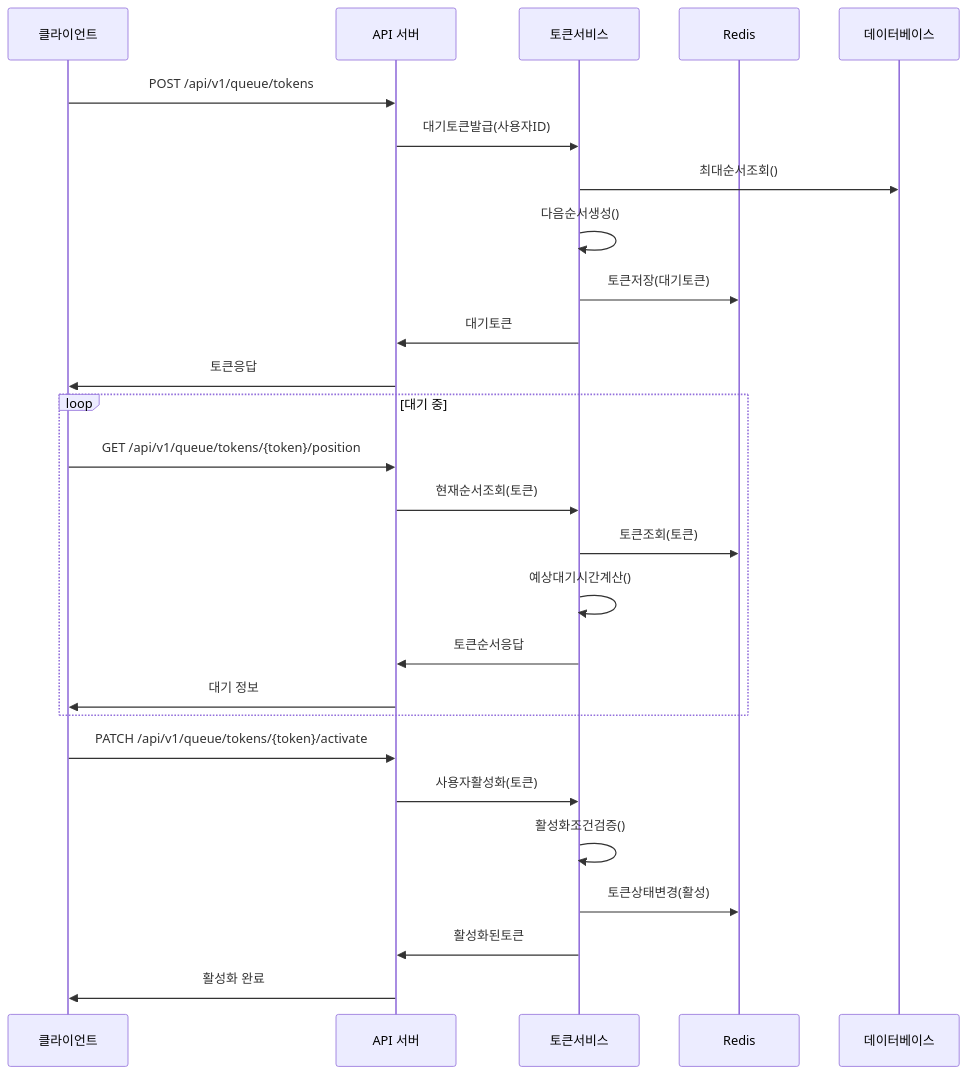
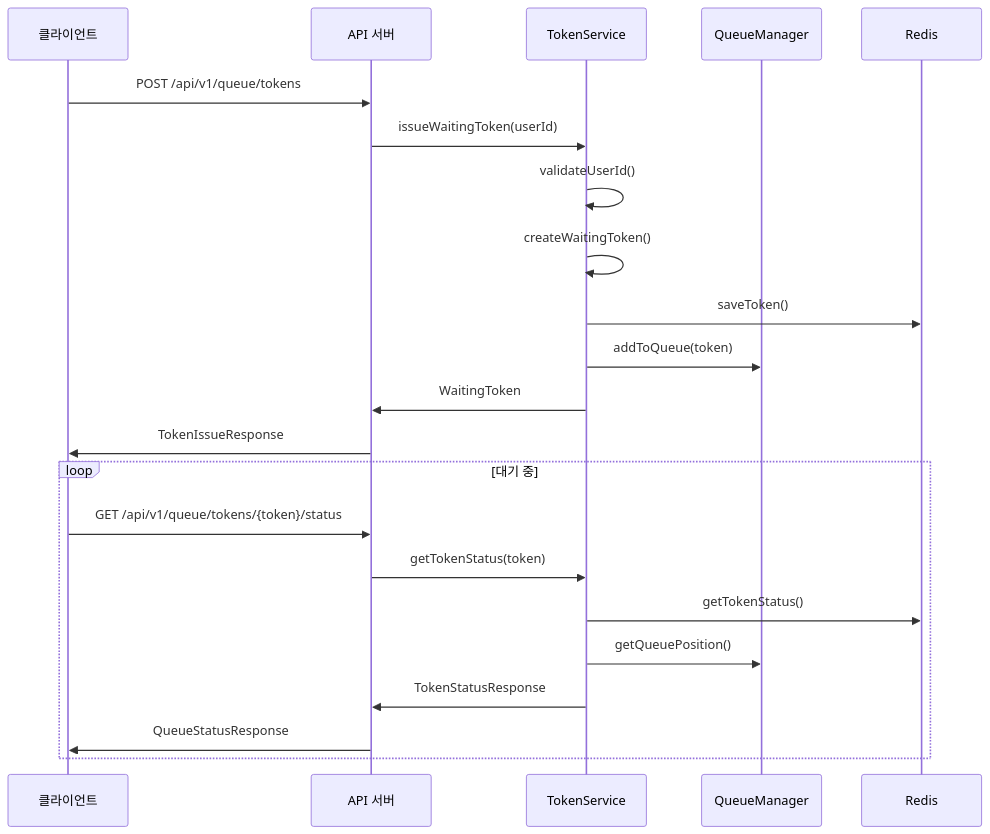
The first of 5 diagrams in README.md (hanghae99-backend/2-SERVICE), drawn with Mermaid before and after one commit. The commit also changed other lines of this file and 4 other files, not shown here.

````diff
--- a/README.md
+++ b/README.md
@@ -16,32 +49,26 @@
 ```mermaid
 sequenceDiagram
     participant C as 클라이언트
     participant API as API 서버
-    participant TS as 토큰서비스
-    participant R as Redis
-    participant DB as 데이터베이스
+    participant TS as TokenService
+    participant QM as QueueManager
+    participant Redis as Redis
     
     C->>API: POST /api/v1/queue/tokens
-    API->>TS: 대기토큰발급(사용자ID)
-    TS->>DB: 최대순서조회()
-    TS->>TS: 다음순서생성()
-    TS->>R: 토큰저장(대기토큰)
-    TS->>API: 대기토큰
-    API->>C: 토큰응답
+    API->>TS: issueWaitingToken(userId)
+    TS->>TS: validateUserId()
+    TS->>TS: createWaitingToken()
+    TS->>Redis: saveToken()
+    TS->>QM: addToQueue(token)
+    TS->>API: WaitingToken
+    API->>C: TokenIssueResponse
     
     loop 대기 중
-        C->>API: GET /api/v1/queue/tokens/{token}/position
-        API->>TS: 현재순서조회(토큰)
-        TS->>R: 토큰조회(토큰)
-        TS->>TS: 예상대기시간계산()
-        TS->>API: 토큰순서응답
-        API->>C: 대기 정보
+        C->>API: GET /api/v1/queue/tokens/{token}/status
+        API->>TS: getTokenStatus(token)
+        TS->>Redis: getTokenStatus()
+        TS->>QM: getQueuePosition()
+        TS->>API: TokenStatusResponse
+        API->>C: QueueStatusResponse
     end
-    
-    C->>API: PATCH /api/v1/queue/tokens/{token}/activate
-    API->>TS: 사용자활성화(토큰)
-    TS->>TS: 활성화조건검증()
-    TS->>R: 토큰상태변경(활성)
-    TS->>API: 활성화된토큰
-    API->>C: 활성화 완료
 ```
````
